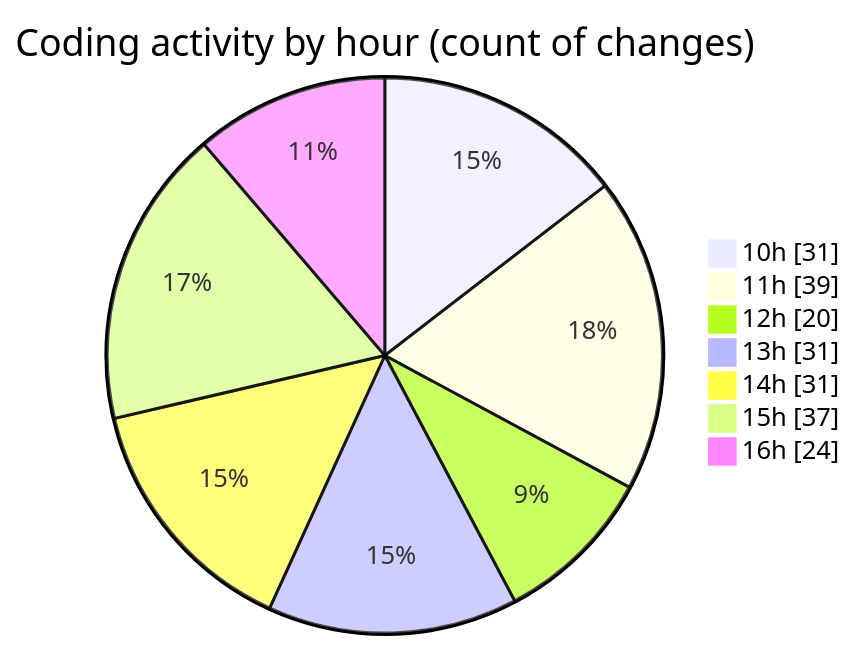
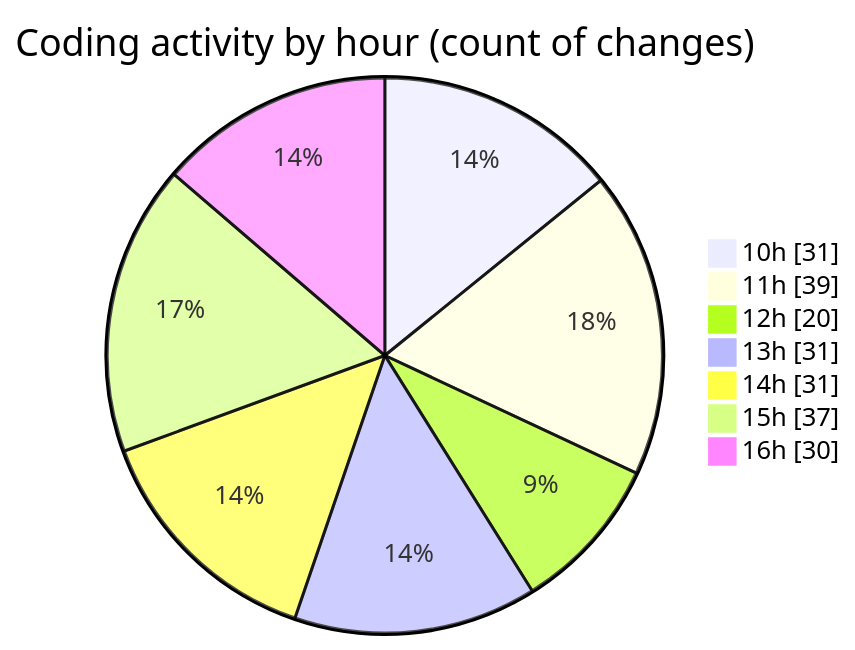
Before and after one commit to momahboobian/code-tracking: the second of 2 diagrams in 2026-03-25/cda/README.md, drawn with Mermaid. The commit also changed other lines of this file and 1 other file, not shown here.

````diff
--- a/2026-03-25/cda/README.md
+++ b/2026-03-25/cda/README.md
@@ -35,11 +39,11 @@
 ```mermaid
 pie showData
 title Coding activity by hour (count of changes)
 "10h" : 31
 "11h" : 39
 "12h" : 20
 "13h" : 31
 "14h" : 31
 "15h" : 37
-"16h" : 24
+"16h" : 30
 ```
````
